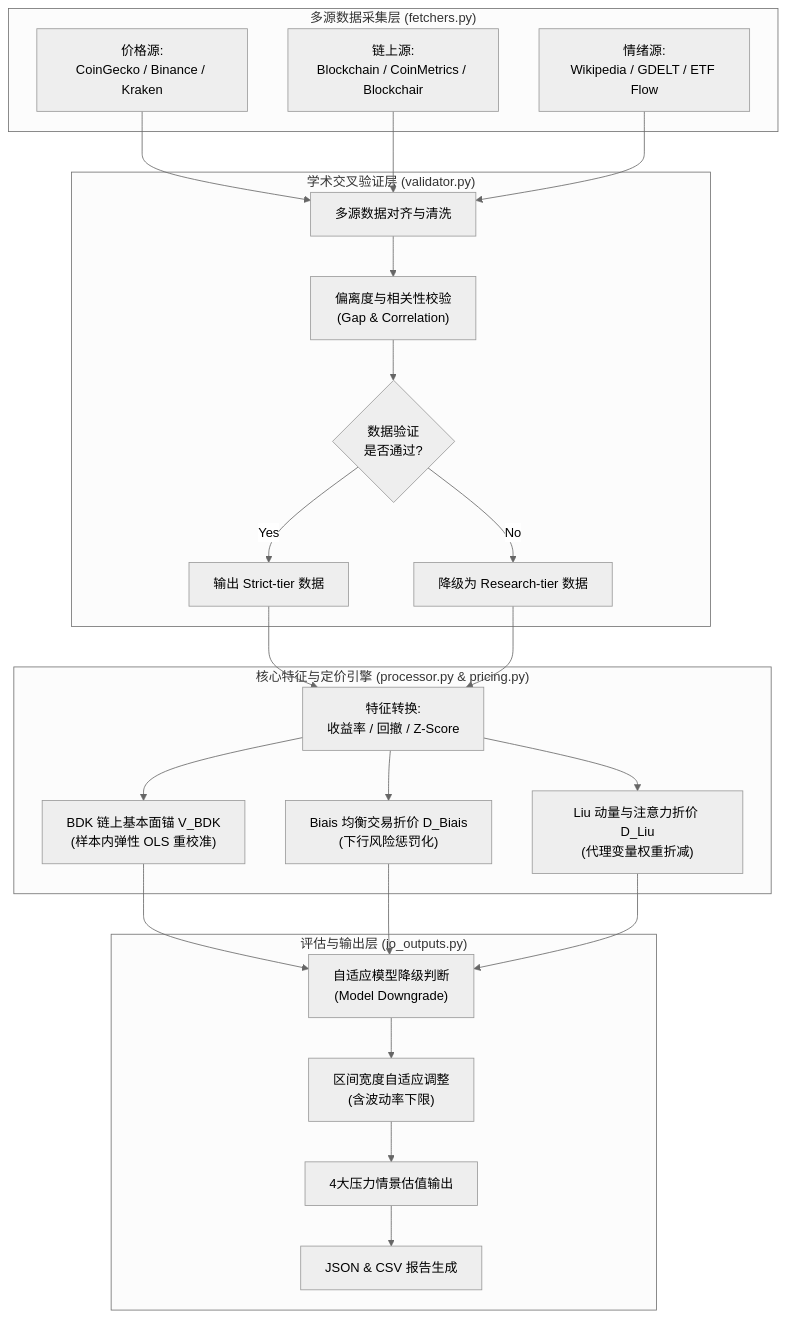
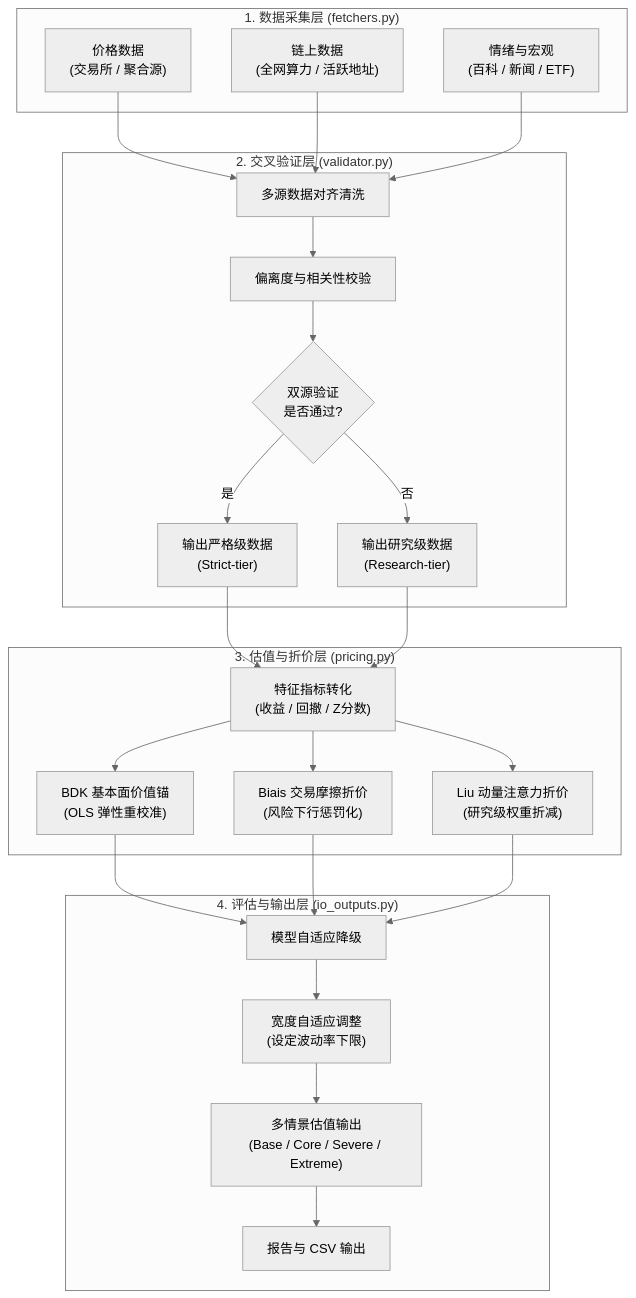
One commit to KannZz3/QuantStrat- changed the diagram in Crypto_Pricing—— 加密货币定价/README.md. Above: the diagram before and after it, drawn with Mermaid (neutral theme).

Commit message:
docs: finalize Mermaid node texts to prevent browser SVG font truncation

````diff
--- a/Crypto_Pricing—— 加密货币定价/README.md
+++ b/Crypto_Pricing—— 加密货币定价/README.md
@@ -25,43 +25,43 @@
 ```mermaid
 graph TD
     %% 数据采集
-    subgraph Fetcher ["多源数据采集层 (fetchers.py)"]
-        A1["价格源:<br/>CoinGecko / Binance / Kraken"]
-        A2["链上源:<br/>Blockchain / CoinMetrics / Blockchair"]
-        A3["情绪源:<br/>Wikipedia / GDELT / ETF Flow"]
+    subgraph Fetcher ["1. 数据采集层 (fetchers.py)"]
+        A1["价格数据<br/>(交易所 / 聚合源)"]
+        A2["链上数据<br/>(全网算力 / 活跃地址)"]
+        A3["情绪与宏观<br/>(百科 / 新闻 / ETF)"]
     end
 
     %% 学术验证
-    subgraph Validator ["学术交叉验证层 (validator.py)"]
-        B1["多源数据对齐与清洗"]
-        B2["偏离度与相关性校验<br/>(Gap & Correlation)"]
-        B3{"数据验证<br/>是否通过?"}
-        B4["输出 Strict-tier 数据"]
-        B5["降级为 Research-tier 数据"]
+    subgraph Validator ["2. 交叉验证层 (validator.py)"]
+        B1["多源数据对齐清洗"]
+        B2["偏离度与相关性校验"]
+        B3{"双源验证<br/>是否通过?"}
+        B4["输出严格级数据<br/>(Strict-tier)"]
+        B5["输出研究级数据<br/>(Research-tier)"]
     end
 
     %% 核心计算
-    subgraph Engine ["核心特征与定价引擎 (processor.py & pricing.py)"]
-        C1["特征转换:<br/>收益率 / 回撤 / Z-Score"]
-        C2["BDK 链上基本面锚 V_BDK<br/>(样本内弹性 OLS 重校准)"]
-        C3["Biais 均衡交易折价 D_Biais<br/>(下行风险惩罚化)"]
-        C4["Liu 动量与注意力折价 D_Liu<br/>(代理变量权重折减)"]
+    subgraph Engine ["3. 估值与折价层 (pricing.py)"]
+        C1["特征指标转化<br/>(收益 / 回撤 / Z分数)"]
+        C2["BDK 基本面价值锚<br/>(OLS 弹性重校准)"]
+        C3["Biais 交易摩擦折价<br/>(风险下行惩罚化)"]
+        C4["Liu 动量注意力折价<br/>(研究级权重折减)"]
     end
 
     %% 级联输出
-    subgraph Output ["评估与输出层 (io_outputs.py)"]
-        D1["自适应模型降级判断<br/>(Model Downgrade)"]
-        D2["区间宽度自适应调整<br/>(含波动率下限)"]
-        D3["4大压力情景估值输出"]
-        D4["JSON & CSV 报告生成"]
+    subgraph Output ["4. 评估与输出层 (io_outputs.py)"]
+        D1["模型自适应降级"]
+        D2["宽度自适应调整<br/>(设定波动率下限)"]
+        D3["多情景估值输出<br/>(Base / Core / Severe / Extreme)"]
+        D4["报告与 CSV 输出"]
     end
 
     %% 连接线
     A1 & A2 & A3 --> B1
     B1 --> B2 --> B3
-    B3 -- Yes --> B4 --> C1
-    B3 -- No --> B5 --> C1
+    B3 -- 是 --> B4 --> C1
+    B3 -- 否 --> B5 --> C1
     C1 --> C2 & C3 & C4
     C2 & C3 & C4 --> D1
     D1 --> D2 --> D3 --> D4
 ```
````
